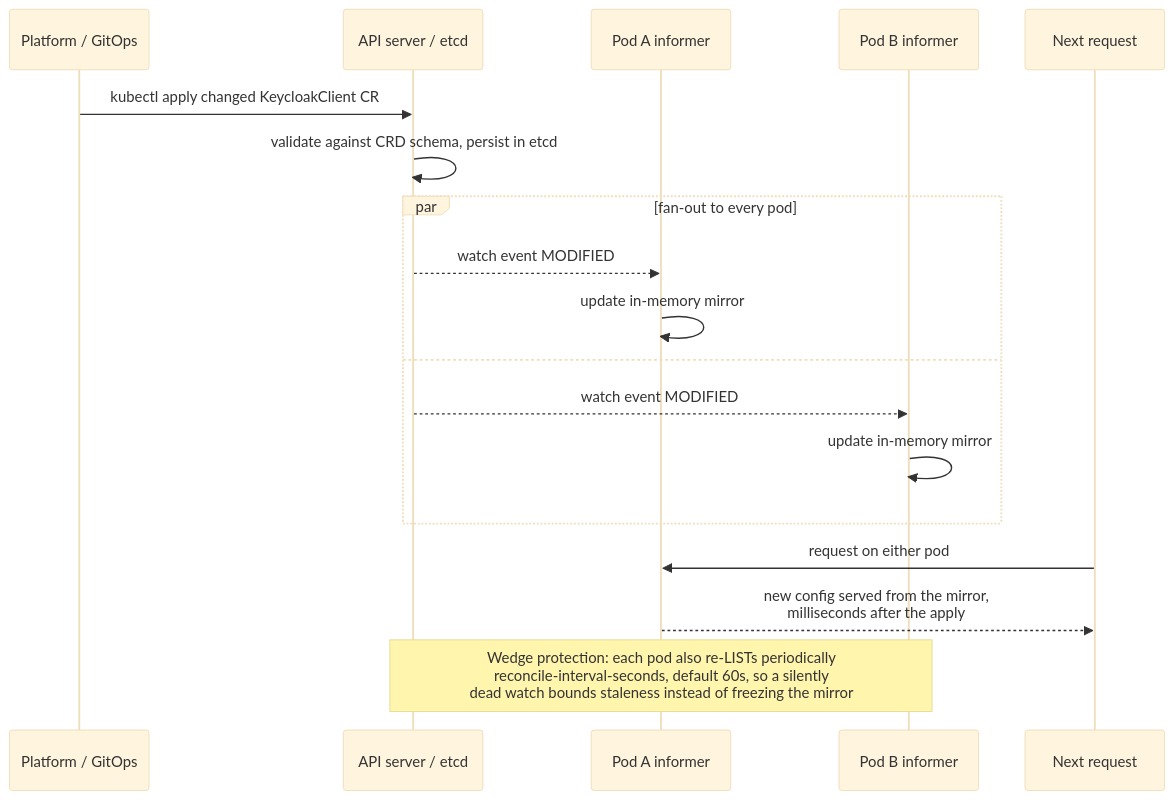
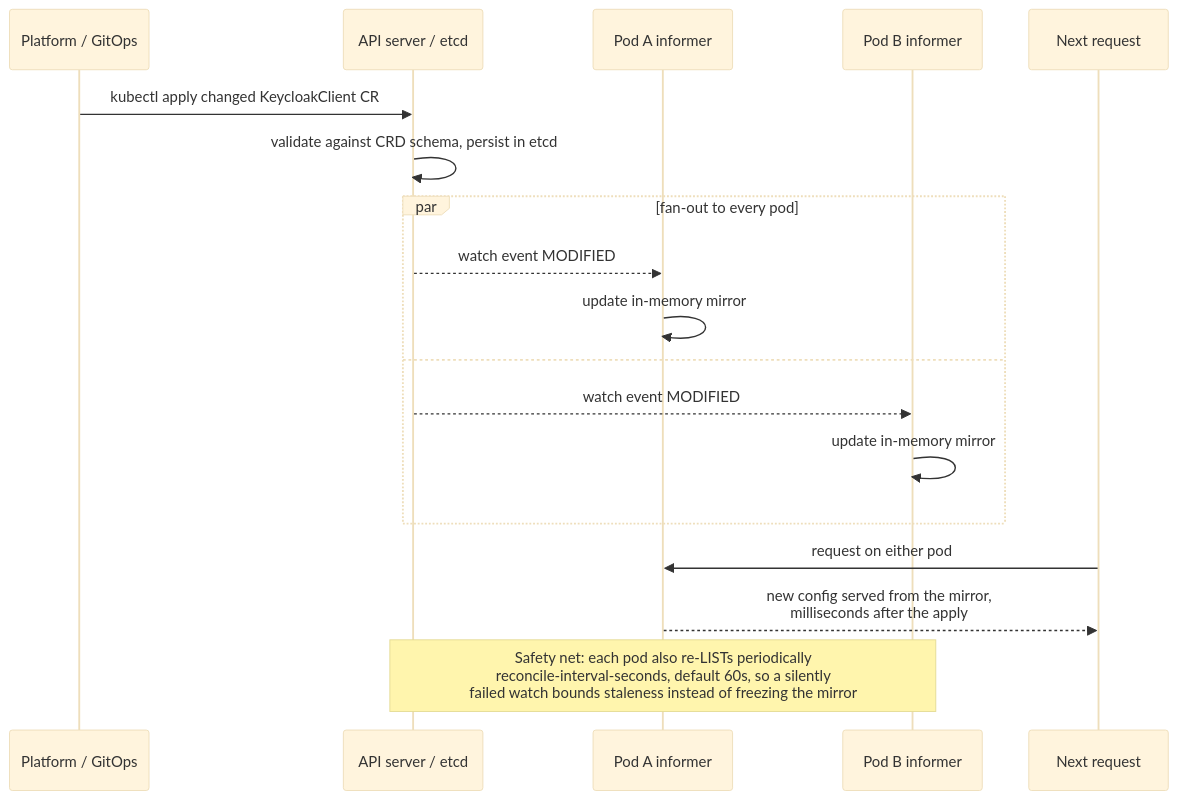
One commit to dominikschlosser/keycloak-k8store changed the second of 3 diagrams in ARCHITECTURE.md. Above: the diagram before and after it, drawn with Mermaid (base theme). The commit also changed other lines of this file and 4 other files, not shown here.

````diff
--- a/ARCHITECTURE.md
+++ b/ARCHITECTURE.md
@@ -79,21 +79,21 @@
 ```mermaid
 sequenceDiagram
     participant P as Platform / GitOps
     participant K as API server / etcd
     participant A as Pod A informer
     participant B as Pod B informer
     participant R as Next request
 
     P->>K: kubectl apply changed KeycloakClient CR
     K->>K: validate against CRD schema, persist in etcd
     par fan-out to every pod
         K-->>A: watch event MODIFIED
         A->>A: update in-memory mirror
     and
         K-->>B: watch event MODIFIED
         B->>B: update in-memory mirror
     end
     R->>A: request on either pod
     A-->>R: new config served from the mirror,<br/>milliseconds after the apply
-    Note over K,B: Wedge protection: each pod also re-LISTs periodically<br/>reconcile-interval-seconds, default 60s, so a silently<br/>dead watch bounds staleness instead of freezing the mirror
+    Note over K,B: Safety net: each pod also re-LISTs periodically<br/>reconcile-interval-seconds, default 60s, so a silently<br/>failed watch bounds staleness instead of freezing the mirror
 ```
````
